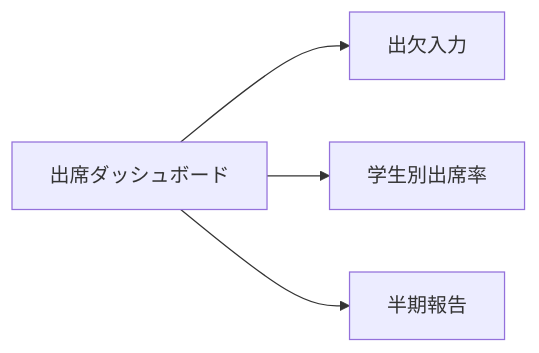
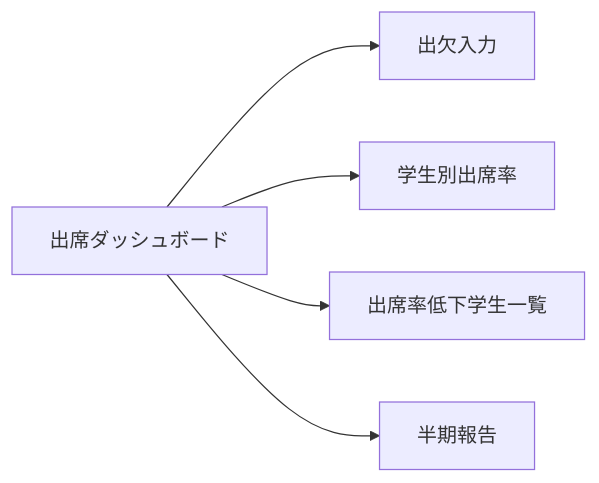
The diagram in docs/02-system-specification/05-attendance/02-uiux.md (kincapy/joshinan-docs), drawn with Mermaid before and after one commit. The commit also changed other lines of this file and 5 other files, not shown here.

````diff
--- a/docs/02-system-specification/05-attendance/02-uiux.md
+++ b/docs/02-system-specification/05-attendance/02-uiux.md
@@ -20,6 +21,7 @@
 ```mermaid
 graph LR
     A[出席ダッシュボード] --> B[出欠入力]
     A --> C[学生別出席率]
-    A --> D[半期報告]
+    A --> D[出席率低下学生一覧]
+    A --> E[半期報告]
 ```
````
